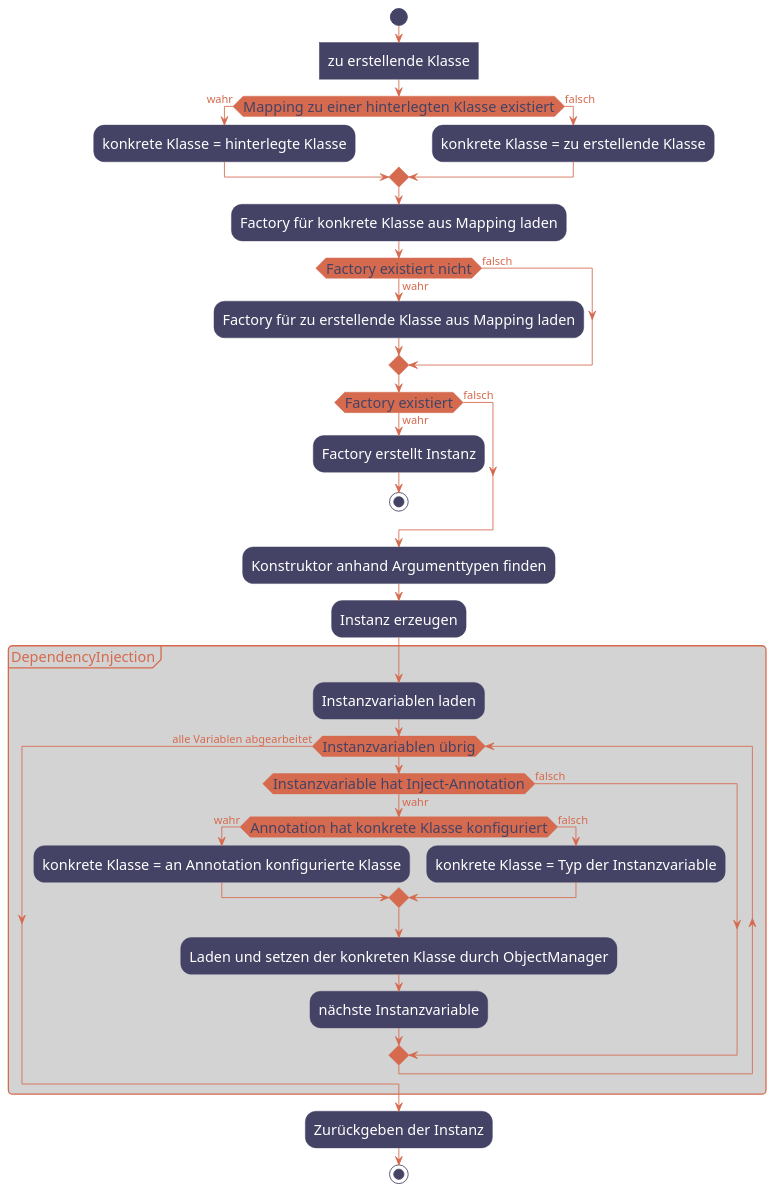
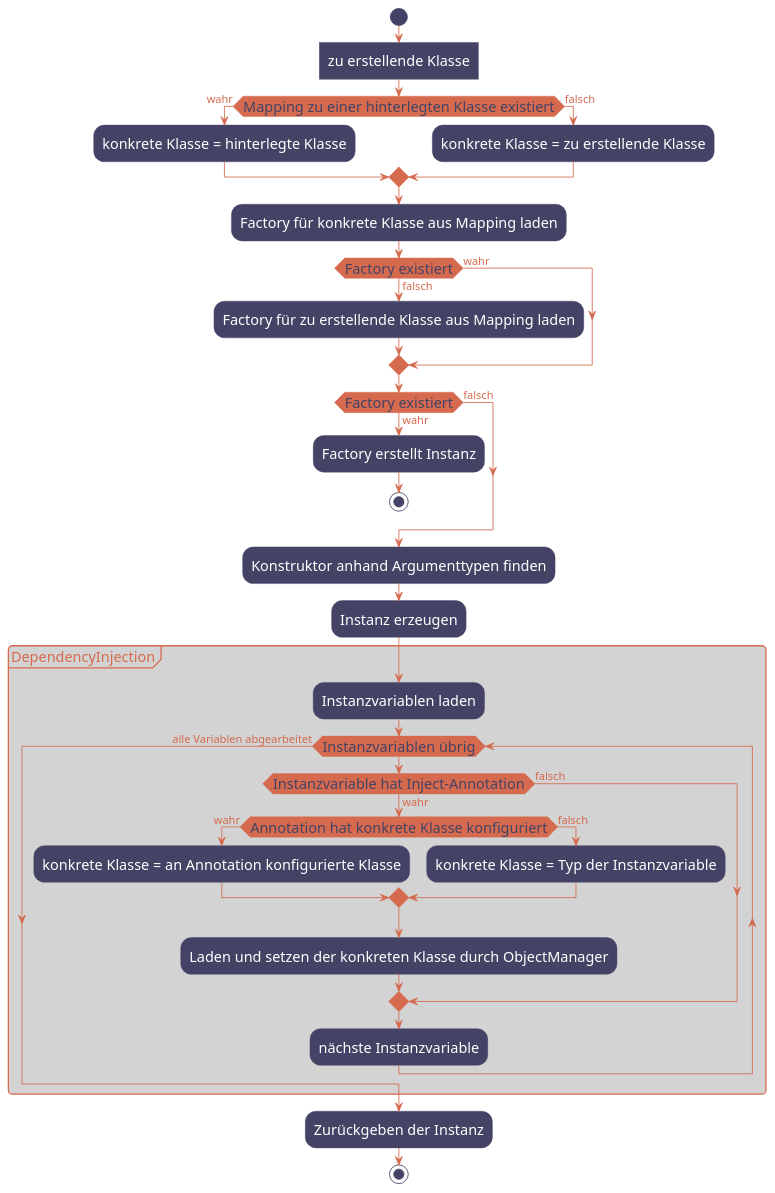
One commit to ulftietze/hoot changed the diagram in docs/diagrams/DependencyInjection_easy.puml. Above: the diagram before and after it, drawn with PlantUML. The commit also changed 1 other file, not shown here.

Commit message:
Update Diagram

```diff
--- a/docs/diagrams/DependencyInjection_easy.puml
+++ b/docs/diagrams/DependencyInjection_easy.puml
@@ -1,83 +1,83 @@
 @startuml
 'https://plantuml.com/activity-diagram-beta
 
 <style>
 activityDiagram {
   BackgroundColor #444365
   BorderColor #444365
   LineColor #444365
   FontColor #FFF
   FontSize 17
   FontName arial
 
   diamond {
     BackgroundColor #d56a4e
     BorderColor #d56a4e
     LineColor #d56a4e
     FontColor #444365
     FontName arial
     FontSize 17
   }
   arrow {
     LineColor #d56a4e
     FontColor #d56a4e
     FontName Impact
     FontSize 13
   }
   partition {
     LineColor #d56a4e
     FontColor #d56a4e
     FontSize 17
     RoundCorner 10
     BackgroundColor lightgray
   }
 }
 document {
    BackgroundColor white
 }
 </style>
 
 start
 :zu erstellende Klasse]
 if (Mapping zu einer hinterlegten Klasse existiert) is (wahr) then
   :konkrete Klasse = hinterlegte Klasse;
 else (falsch)
   :konkrete Klasse = zu erstellende Klasse;
 endif
 
 :Factory für konkrete Klasse aus Mapping laden;
-if (Factory existiert nicht) is (wahr) then
+if (Factory existiert) is (wahr) then
+else (falsch)
   :Factory für zu erstellende Klasse aus Mapping laden;
-else (falsch)
 endif
 
 if (Factory existiert) is (wahr) then
   :Factory erstellt Instanz;
   stop
 else (falsch)
 endif
 
 :Konstruktor anhand Argumenttypen finden;
 :Instanz erzeugen;
 
 partition DependencyInjection {
     :Instanzvariablen laden;
 
     while (Instanzvariablen übrig)
       if (Instanzvariable hat Inject-Annotation) is (wahr) then
         if (Annotation hat konkrete Klasse konfiguriert) is (wahr) then
           :konkrete Klasse = an Annotation konfigurierte Klasse;
         else (falsch)
           :konkrete Klasse = Typ der Instanzvariable;
         endif
         :Laden und setzen der konkreten Klasse durch ObjectManager;
-        :nächste Instanzvariable;
       else (falsch)
       endif
+      :nächste Instanzvariable;
     endwhile (alle Variablen abgearbeitet)
 }
 :Zurückgeben der Instanz;
 
 stop
 
 @enduml
```
